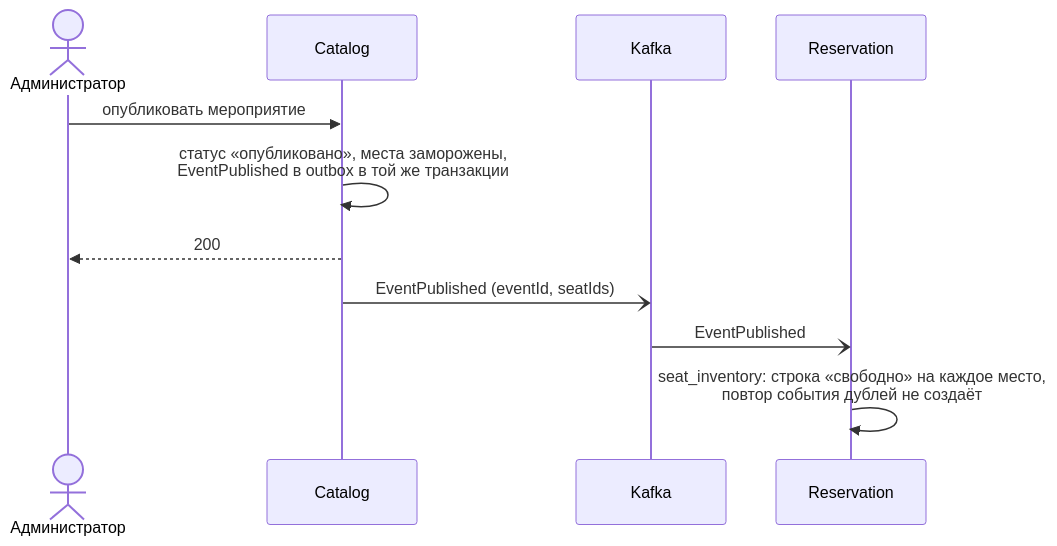
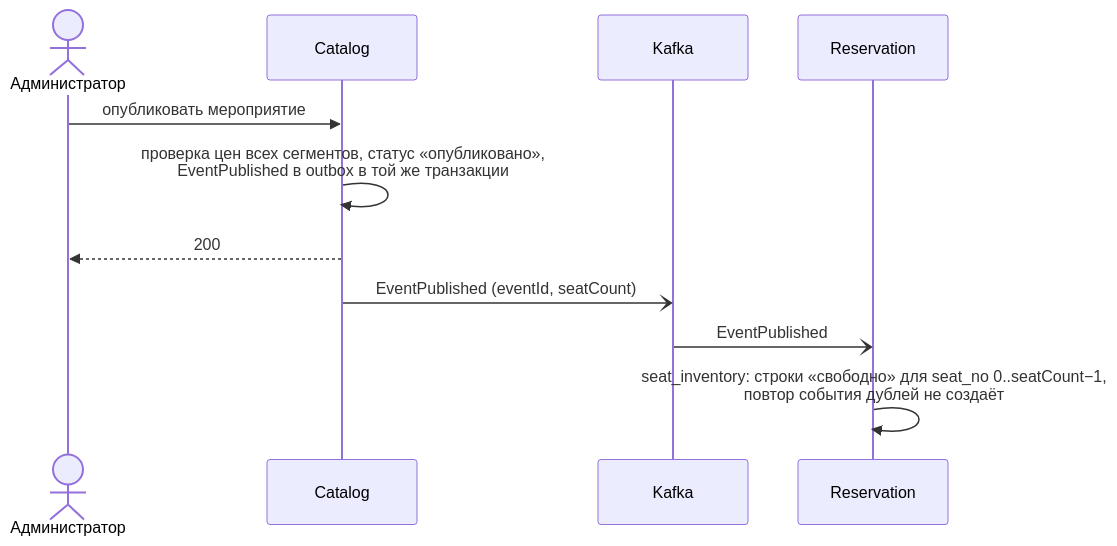
One commit to hokkaidox/tickethub changed the third of 4 diagrams in docs/architecture.md. Above: the diagram before and after it, drawn with Mermaid. The commit also changed other lines of this file and 6 other files, not shown here.

````diff
--- a/docs/architecture.md
+++ b/docs/architecture.md
@@ -149,14 +149,14 @@
 ```mermaid
 sequenceDiagram
     actor A as Администратор
     participant C as Catalog
     participant K as Kafka
     participant R as Reservation
 
     A->>C: опубликовать мероприятие
-    C->>C: статус «опубликовано», места заморожены,<br/>EventPublished в outbox в той же транзакции
+    C->>C: проверка цен всех сегментов, статус «опубликовано»,<br/>EventPublished в outbox в той же транзакции
     C-->>A: 200
-    C-)K: EventPublished (eventId, seatIds)
+    C-)K: EventPublished (eventId, seatCount)
     K-)R: EventPublished
-    R->>R: seat_inventory: строка «свободно» на каждое место,<br/>повтор события дублей не создаёт
+    R->>R: seat_inventory: строки «свободно» для seat_no 0..seatCount−1,<br/>повтор события дублей не создаёт
 ```
````
